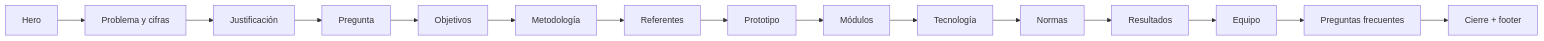
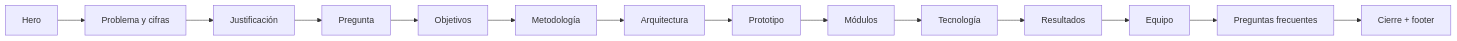
The second of 4 diagrams in README.md (SantyCardo/vr-landing-page), drawn with Mermaid before and after one commit. The commit also changed other lines of this file and 9 other files, not shown here.

Commit message:
feat: equipo en carrusel con fotos (incluye UNAB y Fundación); quitar referentes y normas

````diff
--- a/README.md
+++ b/README.md
@@ -82,7 +82,7 @@
 ```mermaid
 flowchart LR
     A["Hero"] --> B["Problema y cifras"] --> C["Justificación"] --> D["Pregunta"] --> E["Objetivos"]
-    E --> F["Metodología"] --> G["Referentes"] --> H["Prototipo"] --> I["Módulos"]
-    I --> J["Tecnología"] --> K["Normas"] --> L["Resultados"]
+    E --> F["Metodología"] --> G["Arquitectura"] --> H["Prototipo"] --> I["Módulos"]
+    I --> J["Tecnología"] --> L["Resultados"]
     L --> N["Equipo"] --> O["Preguntas frecuentes"] --> P["Cierre + footer"]
 ```
````
